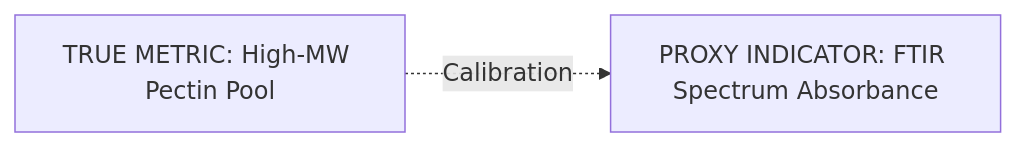
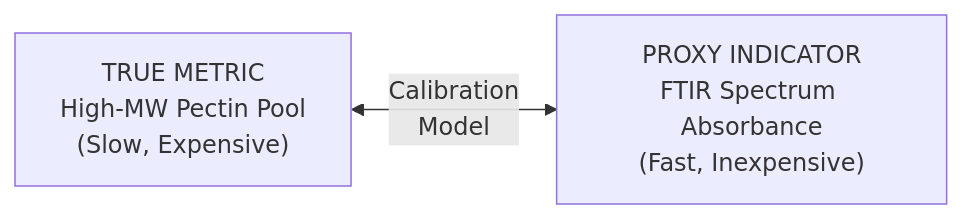
The sixth of 7 diagrams in docs/framework.md (premzea/pectin-acid-hydrolisis-simulator), drawn with Mermaid before and after one commit. The commit also changed other lines of this file and 1 other file, not shown here.

Commit message:
docs: restore full text annotations and bidirectional link in Proxy Calibration diagram

````diff
--- a/docs/framework.md
+++ b/docs/framework.md
@@ -352,4 +352,4 @@
 ```mermaid
 graph LR
-  A[TRUE METRIC: High-MW Pectin Pool] -.->|Calibration| B[PROXY INDICATOR: FTIR Spectrum Absorbance]
+  A["TRUE METRIC<br/>High-MW Pectin Pool<br/>(Slow, Expensive)"] <-->|"Calibration<br/>Model"| B["PROXY INDICATOR<br/>FTIR Spectrum Absorbance<br/>(Fast, Inexpensive)"]
 ```
````
